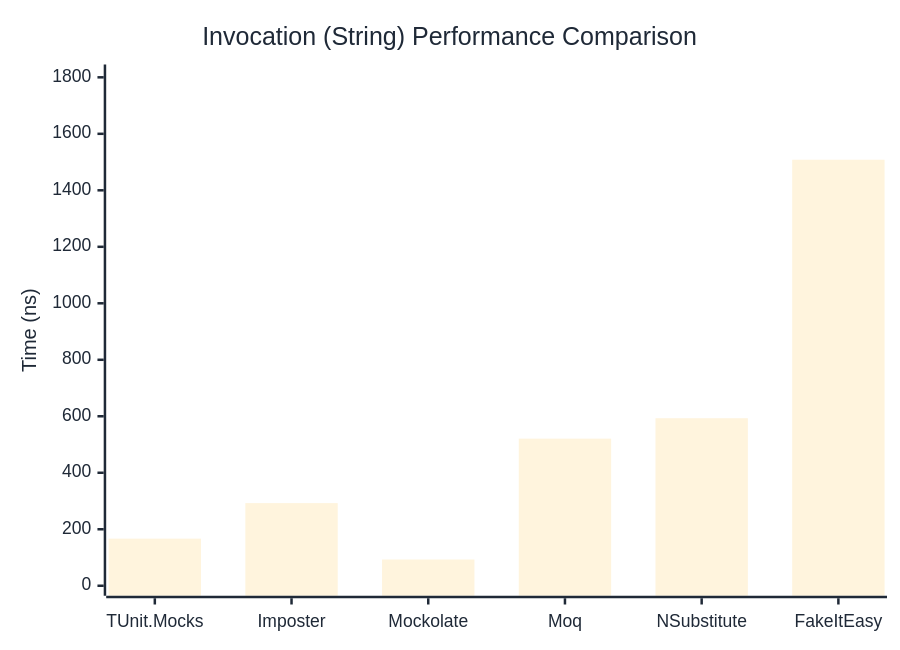
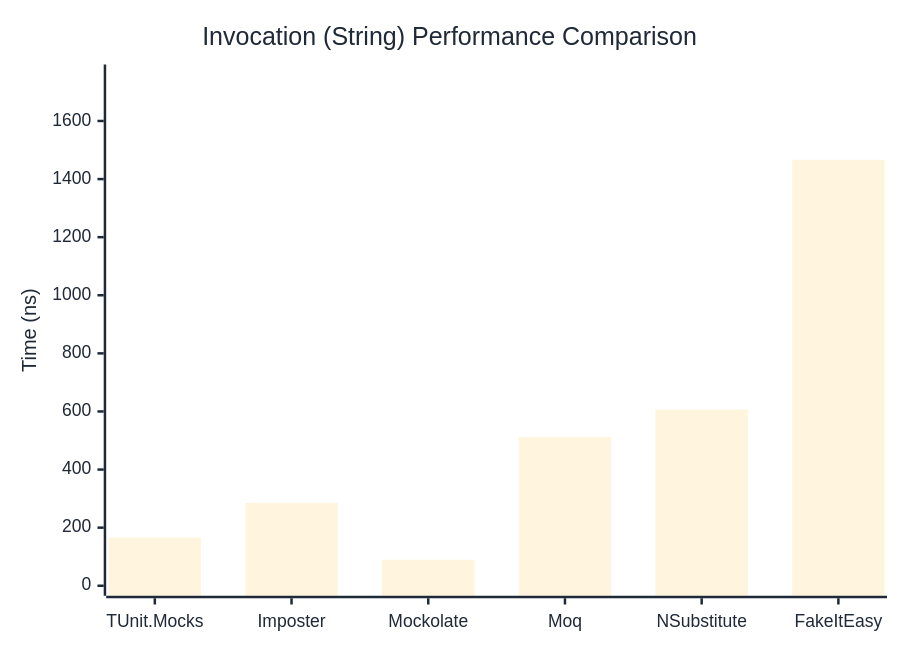
The second of 3 diagrams in docs/docs/benchmarks/mocks/Invocation.md (thomhurst/TUnit), drawn with Mermaid before and after one commit. The commit also changed other lines of this file and 14 other files, not shown here.

````diff
--- a/docs/docs/benchmarks/mocks/Invocation.md
+++ b/docs/docs/benchmarks/mocks/Invocation.md
@@ -71,27 +71,27 @@
 ```mermaid
 %%{init: {
   'theme':'base',
   'themeVariables': {
     'primaryColor': '#2563eb',
     'primaryTextColor': '#1f2937',
     'primaryBorderColor': '#1e40af',
     'lineColor': '#6b7280',
     'secondaryColor': '#7c3aed',
     'tertiaryColor': '#dc2626',
     'background': '#ffffff',
     'pie1': '#2563eb',
     'pie2': '#7c3aed',
     'pie3': '#dc2626',
     'pie4': '#f59e0b',
     'pie5': '#10b981',
     'pie6': '#06b6d4',
     'pie7': '#ec4899',
     'pie8': '#6366f1'
   }
 }}%%
 xychart-beta
   title "Invocation (String) Performance Comparison"
   x-axis ["TUnit.Mocks", "Imposter", "Mockolate", "Moq", "NSubstitute", "FakeItEasy"]
-  y-axis "Time (ns)" 0 --> 1810
-  bar [166.71, 292.61, 92.88, 520.85, 593.12, 1508.27]
+  y-axis "Time (ns)" 0 --> 1760
+  bar [166.31, 285.31, 89.49, 512.15, 606.78, 1466.27]
 ```
````
